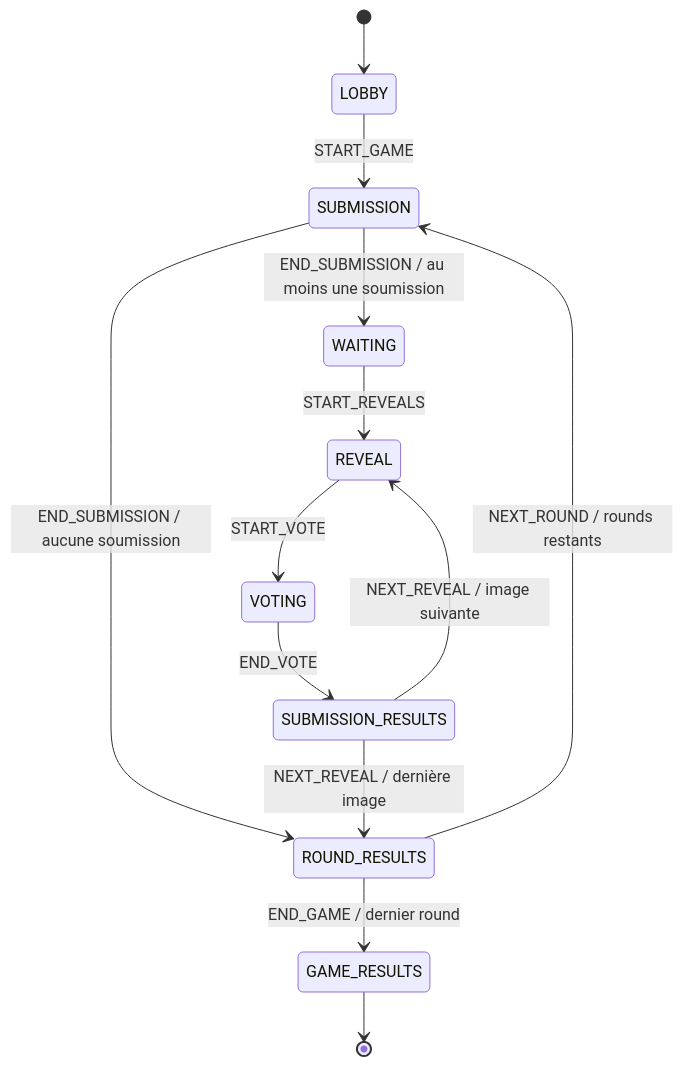
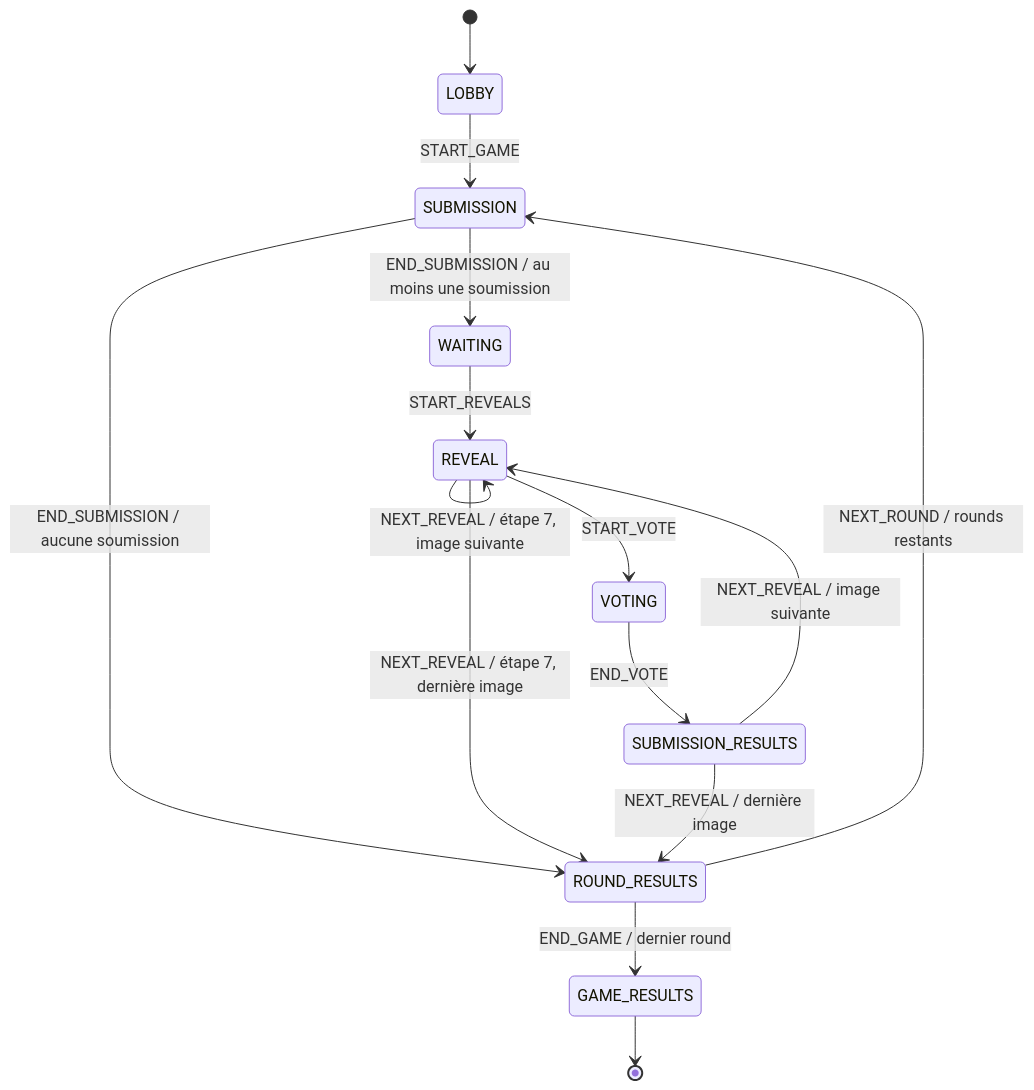
One commit to KamiRem/HearMeOut changed the diagram in docs/game-state-machine.md. Above: the diagram before and after it, drawn with Mermaid. The commit also changed other lines of this file and 46 other files, not shown here.

````diff
--- a/docs/game-state-machine.md
+++ b/docs/game-state-machine.md
@@ -9,15 +9,17 @@
 ```mermaid
 stateDiagram-v2
     [*] --> LOBBY
     LOBBY --> SUBMISSION: START_GAME
     SUBMISSION --> WAITING: END_SUBMISSION / au moins une soumission
     SUBMISSION --> ROUND_RESULTS: END_SUBMISSION / aucune soumission
     WAITING --> REVEAL: START_REVEALS
+    REVEAL --> REVEAL: NEXT_REVEAL / étape 7, image suivante
+    REVEAL --> ROUND_RESULTS: NEXT_REVEAL / étape 7, dernière image
     REVEAL --> VOTING: START_VOTE
     VOTING --> SUBMISSION_RESULTS: END_VOTE
     SUBMISSION_RESULTS --> REVEAL: NEXT_REVEAL / image suivante
     SUBMISSION_RESULTS --> ROUND_RESULTS: NEXT_REVEAL / dernière image
     ROUND_RESULTS --> SUBMISSION: NEXT_ROUND / rounds restants
     ROUND_RESULTS --> GAME_RESULTS: END_GAME / dernier round
     GAME_RESULTS --> [*]
 ```
````
